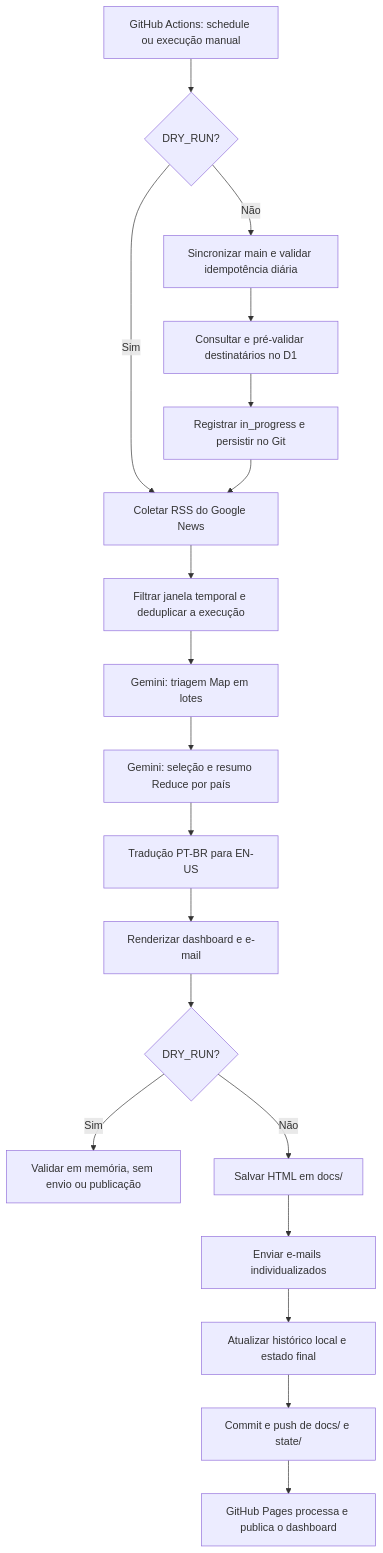
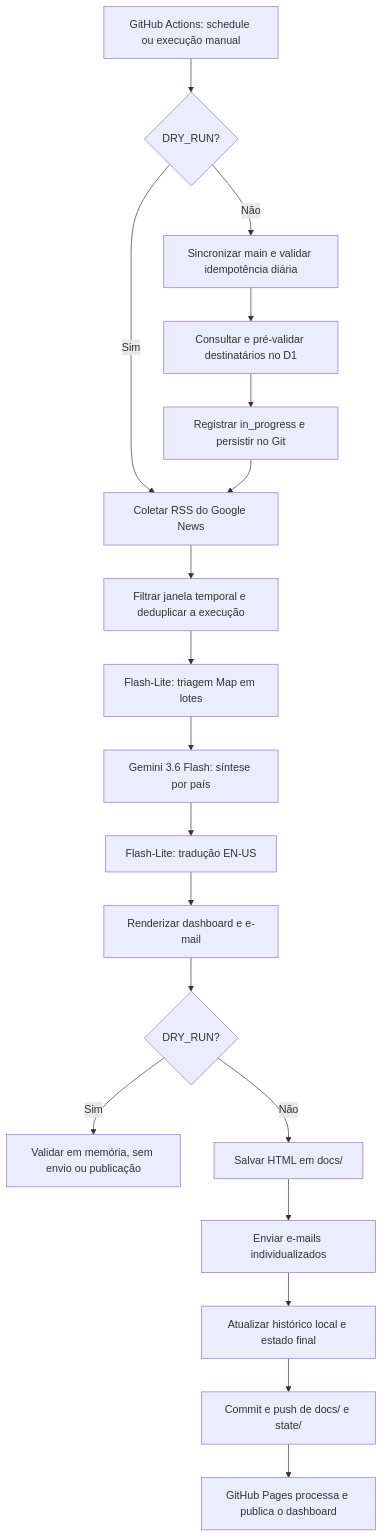
The diagram in README.md (thalesandradepereira/monitoramento-internacional), drawn with Mermaid before and after one commit. The commit also changed other lines of this file, not shown here.

Commit message:
Document current production architecture

````diff
--- a/README.md
+++ b/README.md
@@ -31,21 +46,21 @@
 ```mermaid
 flowchart TD
     A[GitHub Actions: schedule ou execução manual] --> B{DRY_RUN?}
     B -- Não --> C[Sincronizar main e validar idempotência diária]
     C --> D[Consultar e pré-validar destinatários no D1]
     D --> E[Registrar in_progress e persistir no Git]
     B -- Sim --> F[Coletar RSS do Google News]
     E --> F
     F --> G[Filtrar janela temporal e deduplicar a execução]
-    G --> H[Gemini: triagem Map em lotes]
-    H --> I[Gemini: seleção e resumo Reduce por país]
-    I --> J[Tradução PT-BR para EN-US]
+    G --> H[Flash-Lite: triagem Map em lotes]
+    H --> I[Gemini 3.6 Flash: síntese por país]
+    I --> J[Flash-Lite: tradução EN-US]
     J --> K[Renderizar dashboard e e-mail]
     K --> L{DRY_RUN?}
     L -- Sim --> M[Validar em memória, sem envio ou publicação]
     L -- Não --> N[Salvar HTML em docs/]
     N --> O[Enviar e-mails individualizados]
     O --> P[Atualizar histórico local e estado final]
     P --> Q[Commit e push de docs/ e state/]
     Q --> R[GitHub Pages processa e publica o dashboard]
 ```
````
